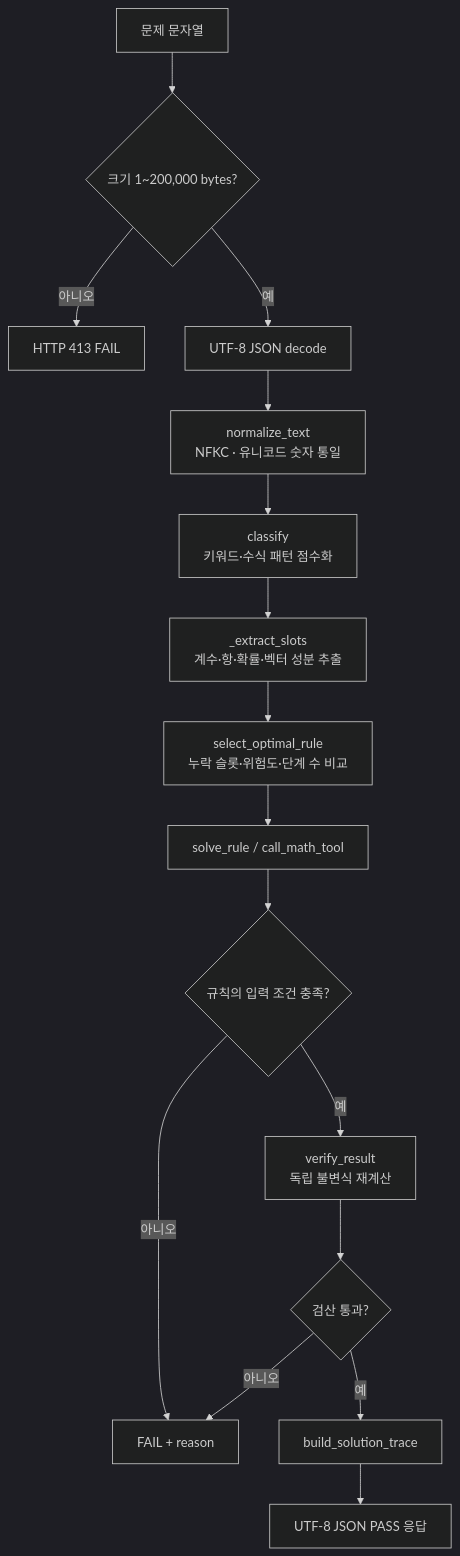
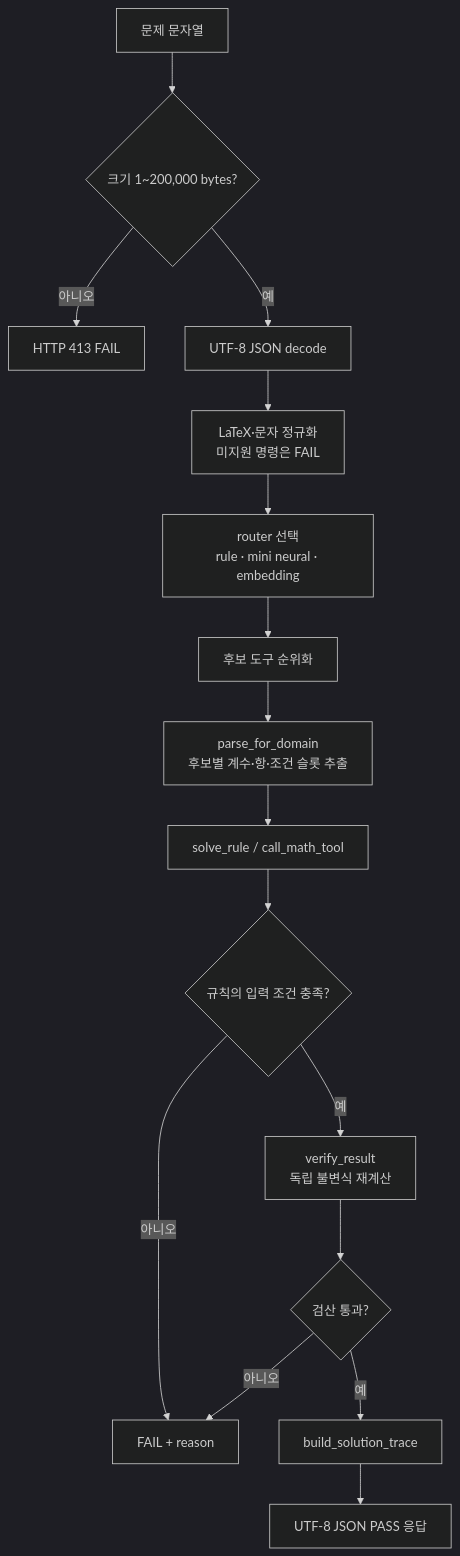
One commit to kuseumkkrkkr/AIFlow-Core changed the diagram in docs/AIFlow-Core-Obsidian-Vault/20 Flows/Solve Request Flow.md. Above: the diagram before and after it, drawn with Mermaid (dark theme). The commit also changed other lines of this file and 21 other files, not shown here.

````diff
--- a/docs/AIFlow-Core-Obsidian-Vault/20 Flows/Solve Request Flow.md
+++ b/docs/AIFlow-Core-Obsidian-Vault/20 Flows/Solve Request Flow.md
@@ -11,18 +13,18 @@
 ```mermaid
 flowchart TD
     A[문제 문자열] --> B{크기 1~200,000 bytes?}
     B -- 아니오 --> R400[HTTP 413 FAIL]
     B -- 예 --> C[UTF-8 JSON decode]
-    C --> D[normalize_text<br/>NFKC · 유니코드 숫자 통일]
-    D --> E[classify<br/>키워드·수식 패턴 점수화]
-    E --> F[_extract_slots<br/>계수·항·확률·벡터 성분 추출]
-    F --> G[select_optimal_rule<br/>누락 슬롯·위험도·단계 수 비교]
+    C --> D[LaTeX·문자 정규화<br/>미지원 명령은 FAIL]
+    D --> E[router 선택<br/>rule · mini neural · embedding]
+    E --> F[후보 도구 순위화]
+    F --> G[parse_for_domain<br/>후보별 계수·항·조건 슬롯 추출]
     G --> H[solve_rule / call_math_tool]
     H --> I{규칙의 입력 조건 충족?}
     I -- 아니오 --> J[FAIL + reason]
     I -- 예 --> K[verify_result<br/>독립 불변식 재계산]
     K --> L{검산 통과?}
     L -- 아니오 --> J
     L -- 예 --> M[build_solution_trace]
     M --> N[UTF-8 JSON PASS 응답]
 ```
````
